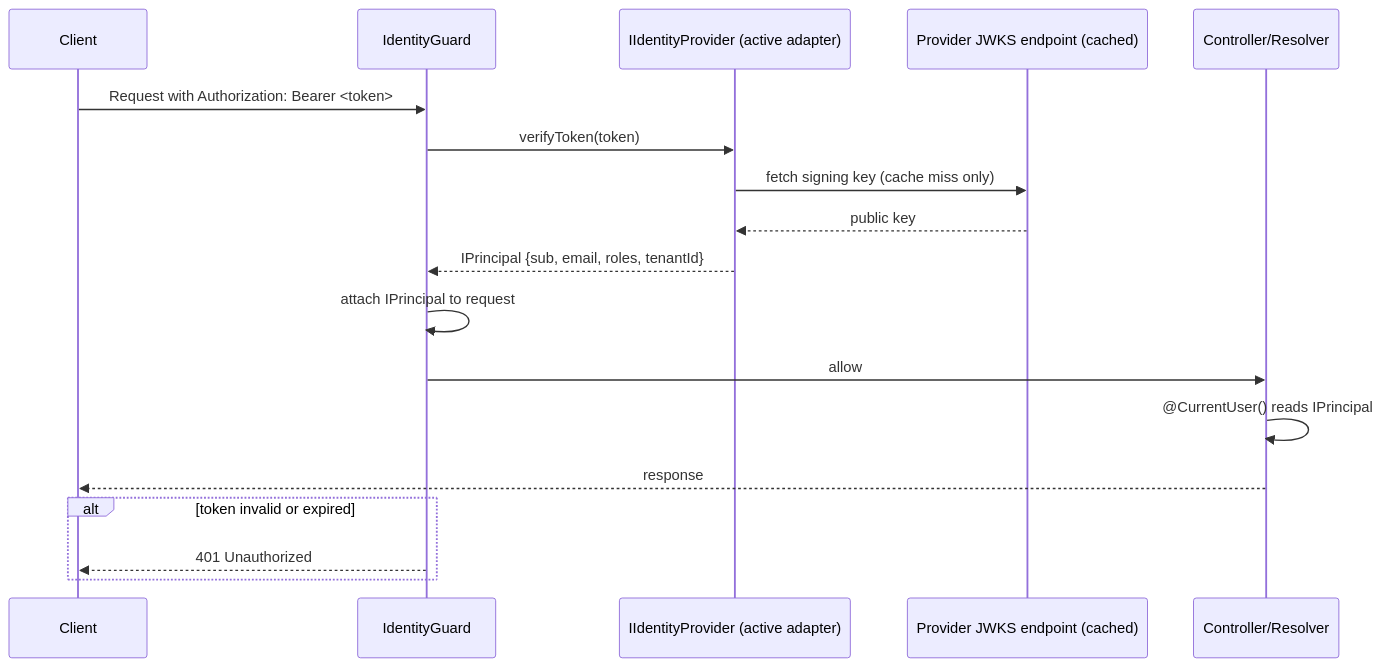
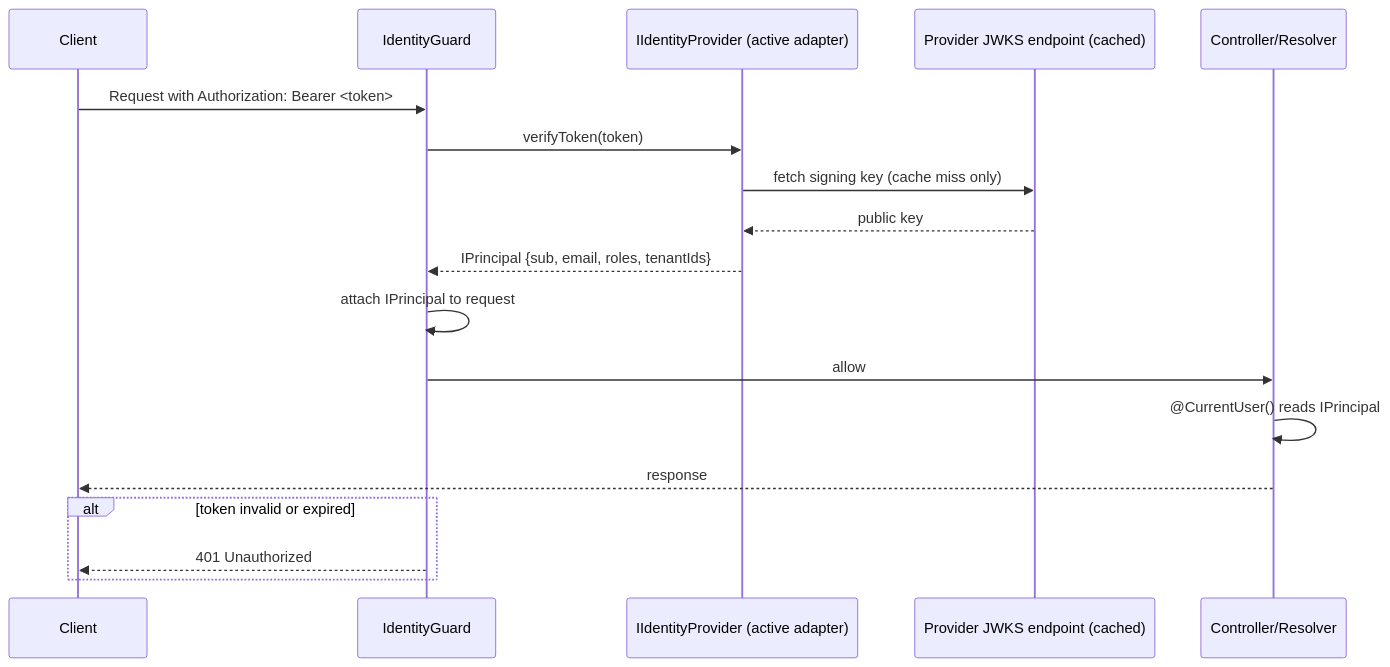
Before and after one commit to sisques-labs/nestjs-template: the second of 2 diagrams in openspec/changes/add-core-identity-module/design.md, drawn with Mermaid. The commit also changed other lines of this file and 22 other files, not shown here.

````diff
--- a/openspec/changes/add-core-identity-module/design.md
+++ b/openspec/changes/add-core-identity-module/design.md
@@ -141,22 +155,22 @@
 ```mermaid
 sequenceDiagram
     participant Client
     participant Guard as IdentityGuard
     participant Provider as IIdentityProvider (active adapter)
     participant JWKS as Provider JWKS endpoint (cached)
     participant Handler as Controller/Resolver
 
     Client->>Guard: Request with Authorization: Bearer <token>
     Guard->>Provider: verifyToken(token)
     Provider->>JWKS: fetch signing key (cache miss only)
     JWKS-->>Provider: public key
-    Provider-->>Guard: IPrincipal {sub, email, roles, tenantId}
+    Provider-->>Guard: IPrincipal {sub, email, roles, tenantIds}
     Guard->>Guard: attach IPrincipal to request
     Guard->>Handler: allow
     Handler->>Handler: @CurrentUser() reads IPrincipal
     Handler-->>Client: response
 
     alt token invalid or expired
         Guard-->>Client: 401 Unauthorized
     end
 ```
````
